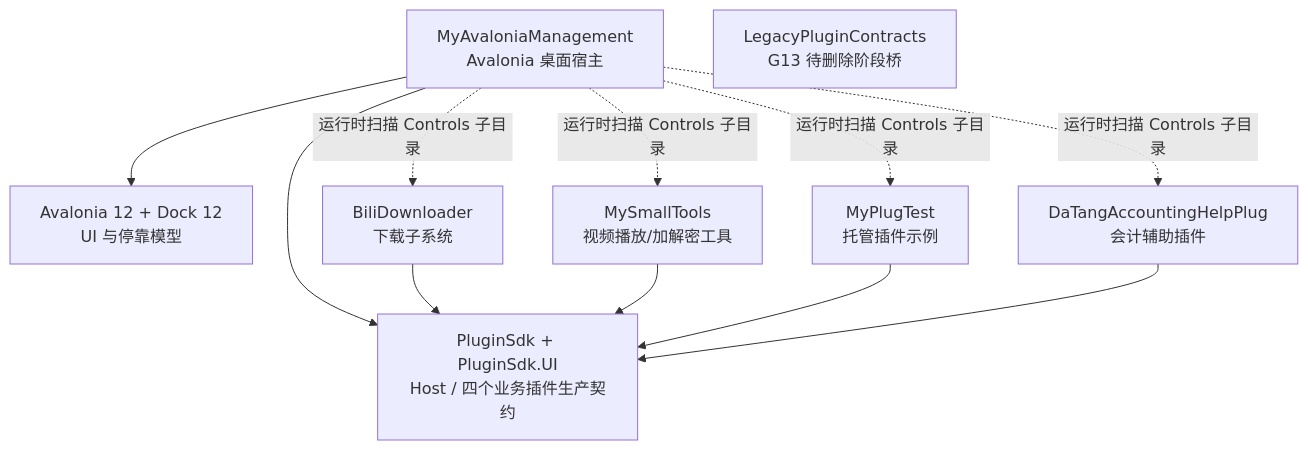
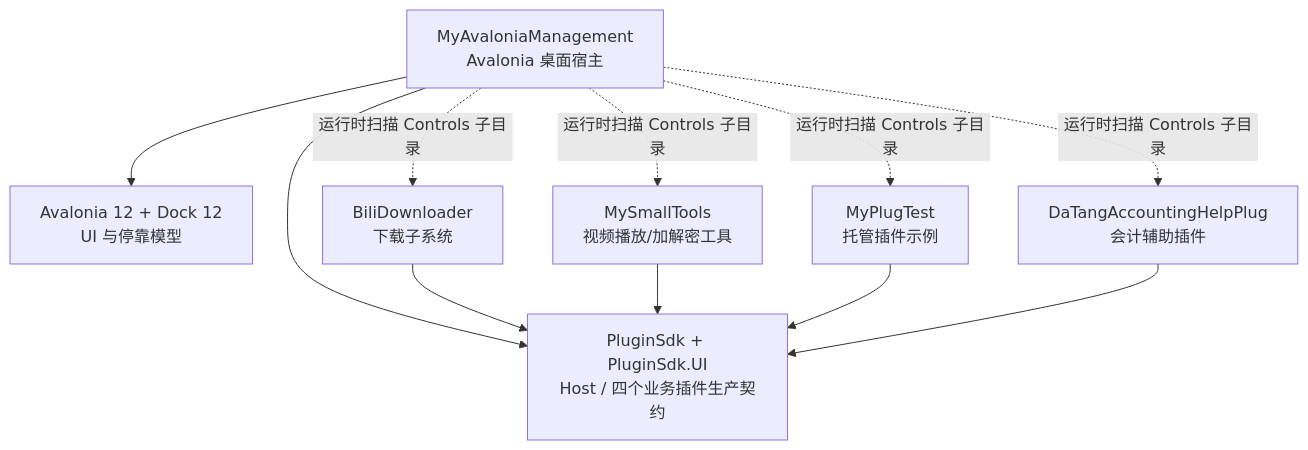
Before and after one commit to crownclowngx/avalonia_dock_simple_test: the first of 5 diagrams in docs/design/host-plugin-architecture-review.md, drawn with Mermaid. The commit also changed other lines of this file and 109 other files, not shown here.

````diff
--- a/docs/design/host-plugin-architecture-review.md
+++ b/docs/design/host-plugin-architecture-review.md
@@ -32,24 +32,23 @@
 ```mermaid
 flowchart TB
     Host["MyAvaloniaManagement<br/>Avalonia 桌面宿主"]
     Sdk["PluginSdk + PluginSdk.UI<br/>Host / 四个业务插件生产契约"]
-    Legacy["LegacyPluginContracts<br/>G13 待删除阶段桥"]
     Dock["Avalonia 12 + Dock 12<br/>UI 与停靠模型"]
 
     Bili["BiliDownloader<br/>下载子系统"]
     Small["MySmallTools<br/>视频播放/加解密工具"]
     TestPlug["MyPlugTest<br/>托管插件示例"]
     DaTang["DaTangAccountingHelpPlug<br/>会计辅助插件"]
 
     Host --> Sdk
     Host --> Dock
     Bili --> Sdk
     Small --> Sdk
     TestPlug --> Sdk
     DaTang --> Sdk
 
     Host -. "运行时扫描 Controls 子目录" .-> Bili
     Host -. "运行时扫描 Controls 子目录" .-> Small
     Host -. "运行时扫描 Controls 子目录" .-> TestPlug
     Host -. "运行时扫描 Controls 子目录" .-> DaTang
 ```
````
